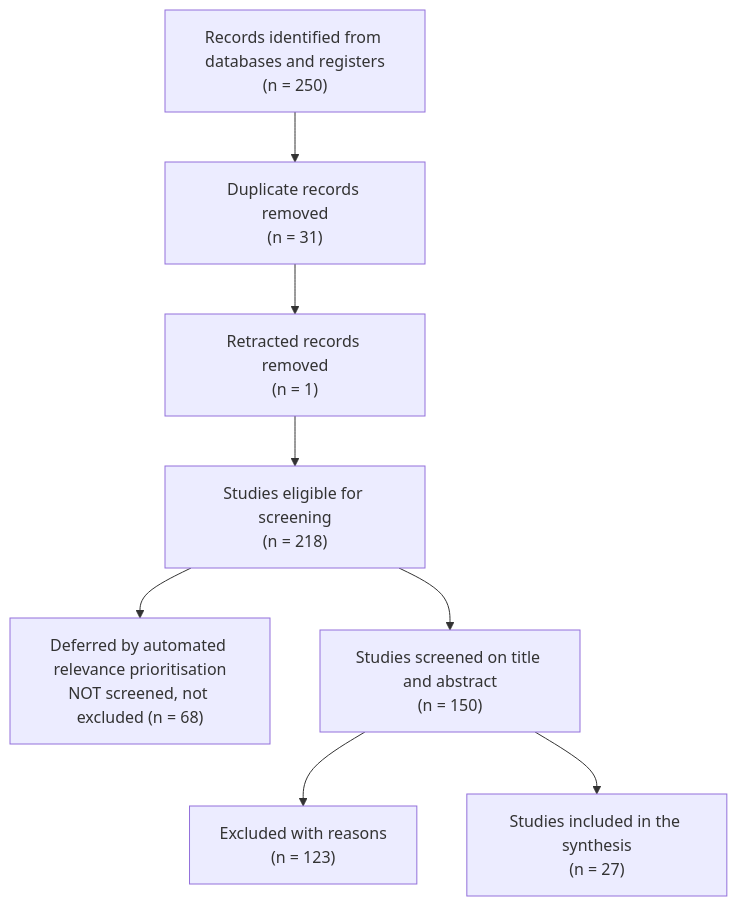
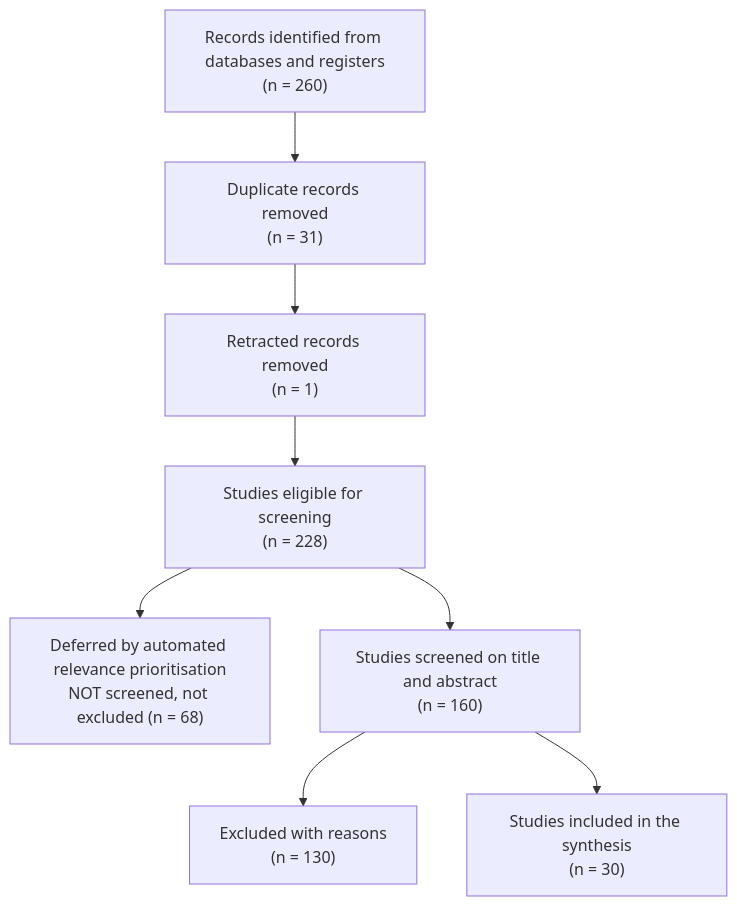
Before and after one commit to vphong3192/CLAUDE_MRA_3: the diagram in _workspace/02j_prisma.md, drawn with Mermaid. The commit also changed other lines of this file and 9 other files, not shown here.

````diff
--- a/_workspace/02j_prisma.md
+++ b/_workspace/02j_prisma.md
@@ -10,18 +10,18 @@
 ```mermaid
 flowchart TD
-  A["Records identified from databases and registers<br/>(n = 250)"]
+  A["Records identified from databases and registers<br/>(n = 260)"]
   B["Duplicate records removed<br/>(n = 31)"]
   R["Retracted records removed<br/>(n = 1)"]
-  C["Studies eligible for screening<br/>(n = 218)"]
+  C["Studies eligible for screening<br/>(n = 228)"]
   D["Deferred by automated relevance prioritisation<br/>NOT screened, not excluded (n = 68)"]
-  E["Studies screened on title and abstract<br/>(n = 150)"]
-  F["Excluded with reasons<br/>(n = 123)"]
-  I["Studies included in the synthesis<br/>(n = 27)"]
+  E["Studies screened on title and abstract<br/>(n = 160)"]
+  F["Excluded with reasons<br/>(n = 130)"]
+  I["Studies included in the synthesis<br/>(n = 30)"]
   A --> B
   B --> R
   R --> C
   C --> D
   C --> E
   E --> F
   E --> I
 ```
````
